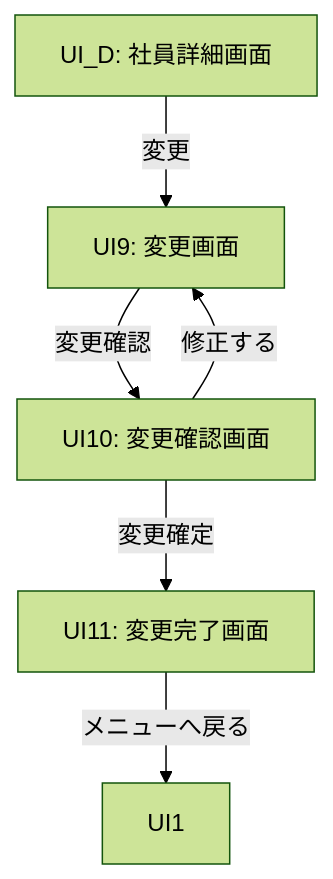
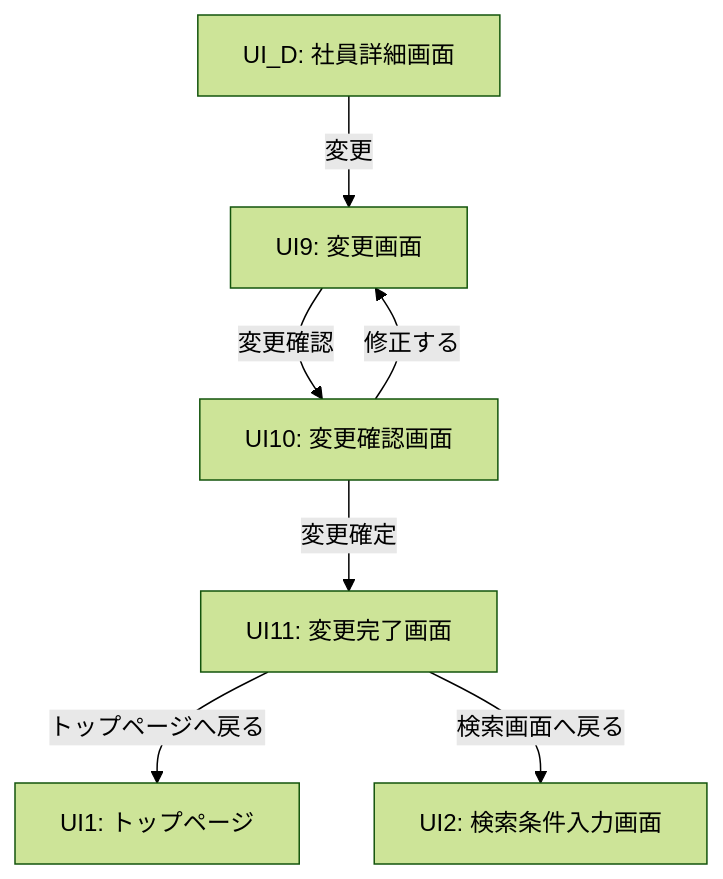
The fifth of 8 diagrams in EIMS_Comprehensive_Exercise_Guide.md (juyeongjung1/NewEIMS), drawn with Mermaid (forest theme) before and after one commit. The commit also changed other lines of this file, not shown here.

Commit message:
UIフロー図の各画面に「トップページへ戻る」「検索画面へ戻る」の両方のルートを追加（メニューへ戻るを廃止）

````diff
--- a/EIMS_Comprehensive_Exercise_Guide.md
+++ b/EIMS_Comprehensive_Exercise_Guide.md
@@ -585,10 +590,11 @@
 ```mermaid
 flowchart TD
     UI_D[UI_D: 社員詳細画面] -- "変更" --> UI9[UI9: 変更画面]
     
     UI9 -- "変更確認" --> UI10[UI10: 変更確認画面]
     UI10 -- "変更確定" --> UI11[UI11: 変更完了画面]
     
     UI10 -- "修正する" --> UI9
-    UI11 -->|"メニューへ戻る"| UI1
+    UI11 -->|"トップページへ戻る"| UI1[UI1: トップページ]
+    UI11 -->|"検索画面へ戻る"| UI2[UI2: 検索条件入力画面]
 ```
````
